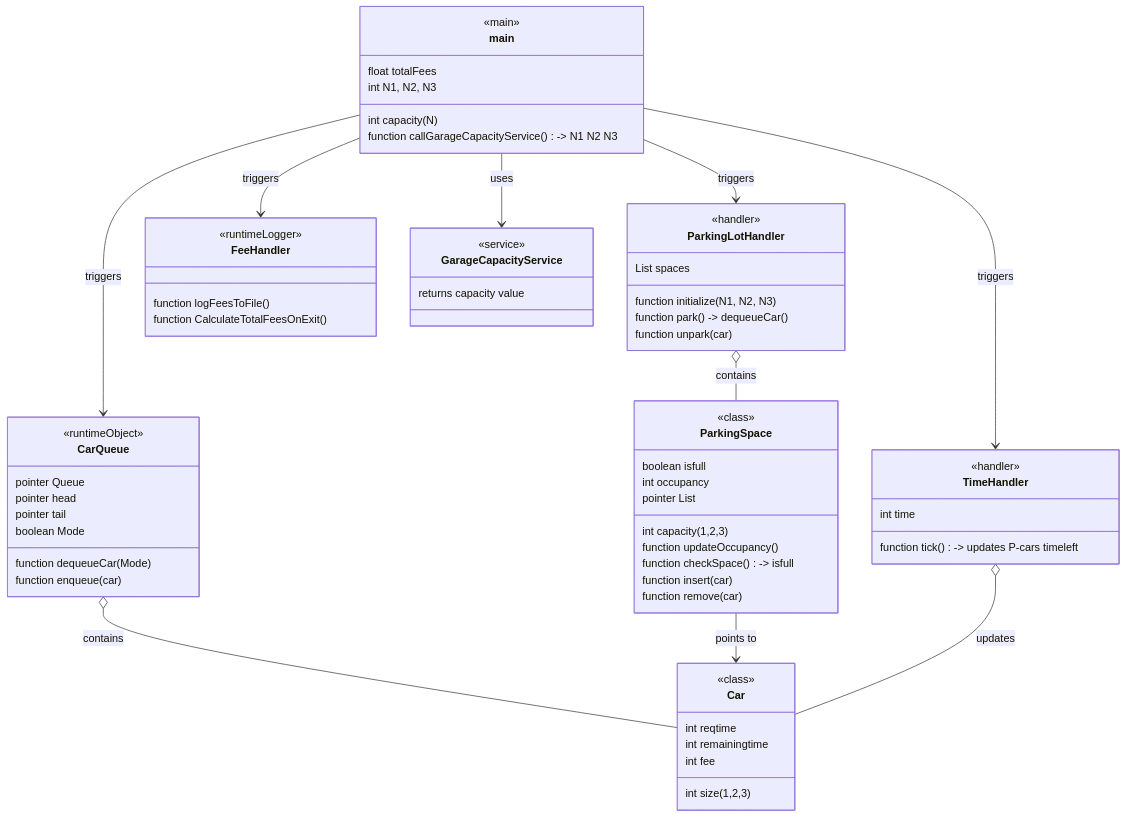
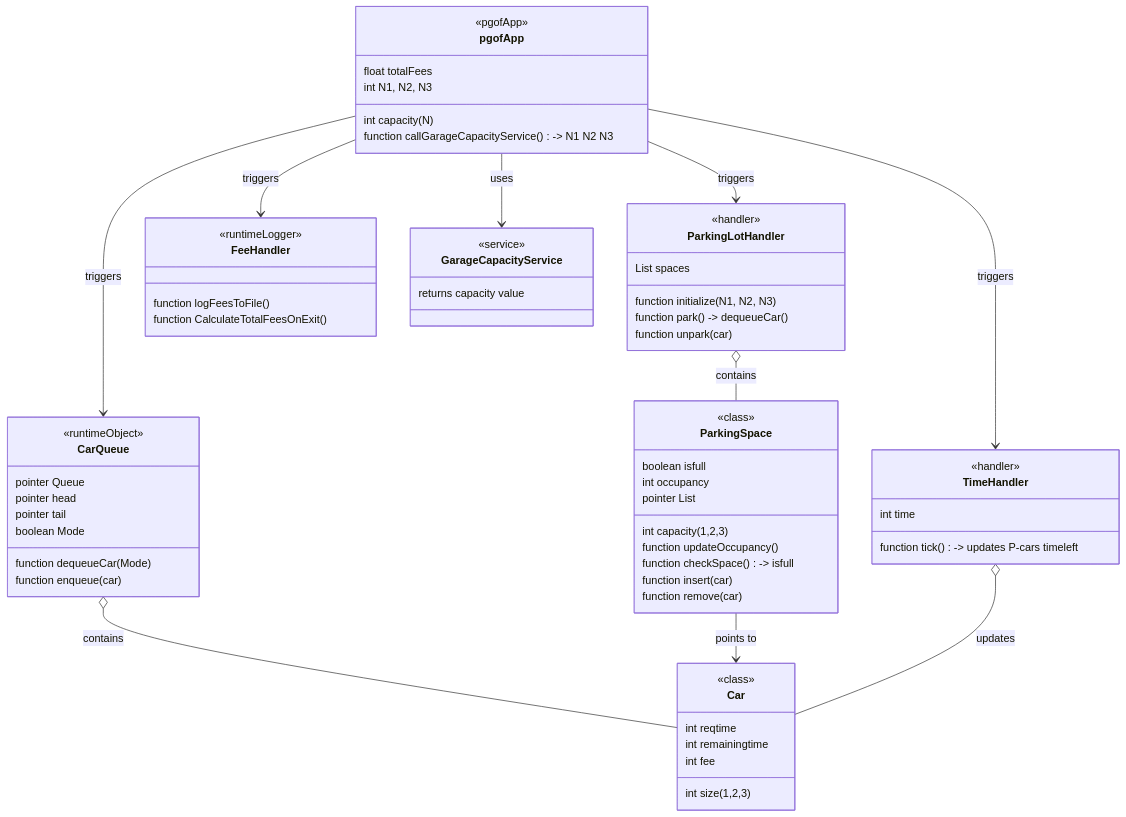
One commit to sanleches/PGOF changed the first of 2 diagrams in design.md. Above: the diagram before and after it, drawn with Mermaid. The commit also changed other lines of this file and 11 other files, not shown here.

````diff
--- a/design.md
+++ b/design.md
@@ -20,79 +20,79 @@
 ```mermaid
 classDiagram
-    class main {
-        <<main>>
+    class pgofApp {
+        <<pgofApp>>
         float totalFees
         int capacity (N)
         int N1, N2, N3
         function callGarageCapacityService() -> N1 N2 N3
     }
 
     class ParkingLotHandler {
         <<handler>>
         List<ParkingSpace> spaces
         function initialize(N1, N2, N3)
         function park() -> dequeueCar()
         function unpark(car)
     }
 
     class ParkingSpace {
         <<class>>
         int capacity (1,2,3)
         boolean isfull
         int occupancy
         
         pointer List<Car>
         
         function updateOccupancy()
         function checkSpace() -> isfull
         function insert(car)
         function remove(car)
     }
 
     class TimeHandler {
         <<handler>>
         int time
 
         function tick() -> updates P-cars timeleft
     }
 
     class Car {
         <<class>>
         int reqtime
         int remainingtime
         int size (1,2,3)
         int fee
     }
 
     class CarQueue {
         <<runtimeObject>>
         pointer Queue<Car>
         pointer head
         pointer tail
         boolean Mode
 
         function dequeueCar(Mode)
         function enqueue(car)
     }
 
     class FeeHandler {
         <<runtimeLogger>>
         function logFeesToFile()
         function CalculateTotalFeesOnExit()
     }
 
     class GarageCapacityService {
         <<service>>
         returns capacity value
     }
 
-    main --> ParkingLotHandler : triggers
-    main --> CarQueue : triggers
-    main --> FeeHandler : triggers
-    main --> TimeHandler : triggers
-    main --> GarageCapacityService : uses
+    pgofApp --> ParkingLotHandler : triggers
+    pgofApp --> CarQueue : triggers
+    pgofApp --> FeeHandler : triggers
+    pgofApp --> TimeHandler : triggers
+    pgofApp --> GarageCapacityService : uses
     ParkingLotHandler o-- ParkingSpace : contains
     CarQueue o-- Car : contains
     ParkingSpace --> Car : points to
     TimeHandler o-- Car : updates
 ```
````
